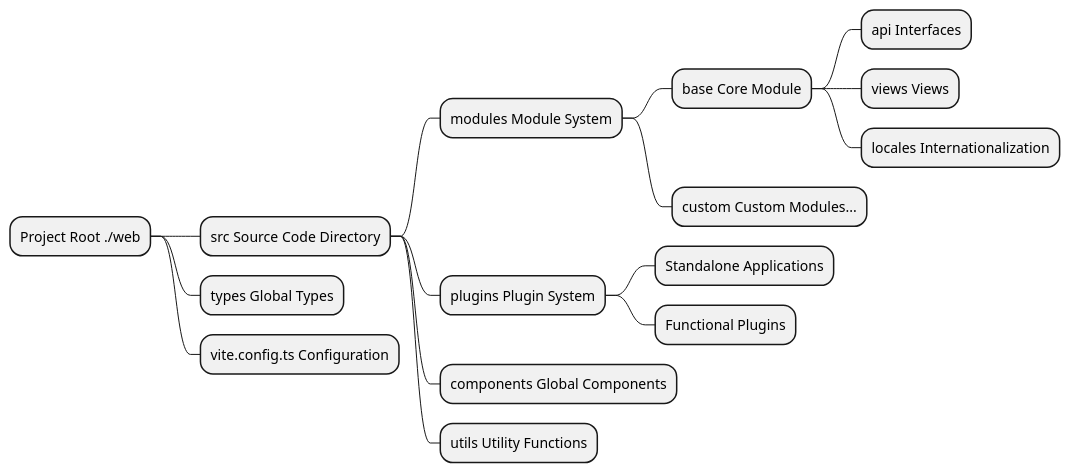
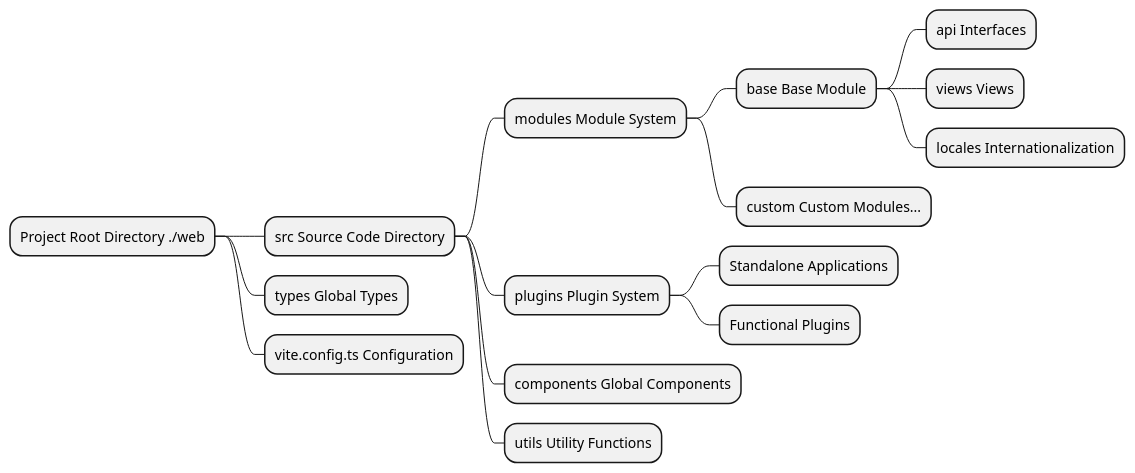
The first of 5 diagrams in docs/en/front/base/concept.md (mineadmin/doc-v3), drawn with PlantUML before and after one commit. The commit also changed other lines of this file and 225 other files, not shown here.

````diff
--- a/docs/en/front/base/concept.md
+++ b/docs/en/front/base/concept.md
@@ -13,19 +13,19 @@
 ```plantuml
 @startmindmap
-* Project Root ./web
+* Project Root Directory ./web
 ** src Source Code Directory
 *** modules Module System
-**** base Core Module
+**** base Base Module
 ***** api Interfaces
 ***** views Views
 ***** locales Internationalization
 **** custom Custom Modules...
 *** plugins Plugin System
 **** Standalone Applications
 **** Functional Plugins
 *** components Global Components
 *** utils Utility Functions
 ** types Global Types
 ** vite.config.ts Configuration
 @endmindmap
 ```
````
